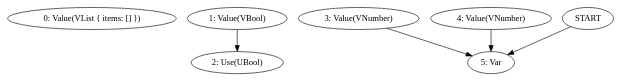
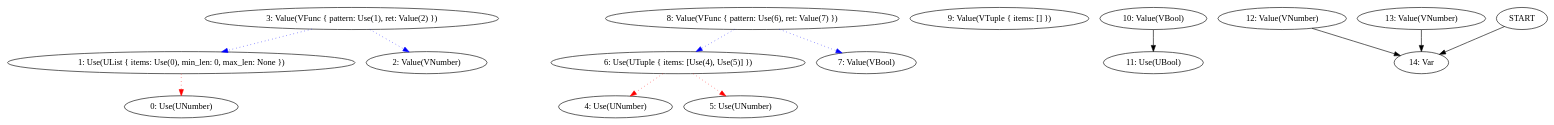
Before and after one commit to frondeus/project-s: the first of 2 diagrams in docs/log/2025-06-16.md, drawn with Graphviz. The commit also changed other lines of this file and 14 other files, not shown here.

````diff
--- a/docs/log/2025-06-16.md
+++ b/docs/log/2025-06-16.md
@@ -16,15 +16,31 @@
 ```graphviz
 digraph G {
-N0 [label="0: Value(VList { items: [] })"];
-N1 [label="1: Value(VBool)"];
-N2 [label="2: Use(UBool)"];
-N3 [label="3: Value(VNumber)"];
-N4 [label="4: Value(VNumber)"];
-N5 [label="5: Var"];
-START -> N5
-N1 -> N2;
-N3 -> N5;
-N4 -> N5;
+N0 [label="0: Use(UNumber)"];
+N1 [label="1: Use(UList { items: Use(0), min_len: 0, max_len: None })"];
+N2 [label="2: Value(VNumber)"];
+N3 [label="3: Value(VFunc { pattern: Use(1), ret: Value(2) })"];
+N4 [label="4: Use(UNumber)"];
+N5 [label="5: Use(UNumber)"];
+N6 [label="6: Use(UTuple { items: [Use(4), Use(5)] })"];
+N7 [label="7: Value(VBool)"];
+N8 [label="8: Value(VFunc { pattern: Use(6), ret: Value(7) })"];
+N9 [label="9: Value(VTuple { items: [] })"];
+N10 [label="10: Value(VBool)"];
+N11 [label="11: Use(UBool)"];
+N12 [label="12: Value(VNumber)"];
+N13 [label="13: Value(VNumber)"];
+N14 [label="14: Var"];
+START -> N14
+N1 -> N0 [color=red, style=dotted];
+N3 -> N1 [color=blue, style=dotted];
+N3 -> N2 [color=blue, style=dotted];
+N6 -> N4 [color=red, style=dotted];
+N6 -> N5 [color=red, style=dotted];
+N8 -> N6 [color=blue, style=dotted];
+N8 -> N7 [color=blue, style=dotted];
+N10 -> N11;
+N12 -> N14;
+N13 -> N14;
 }
 
 ```
````
